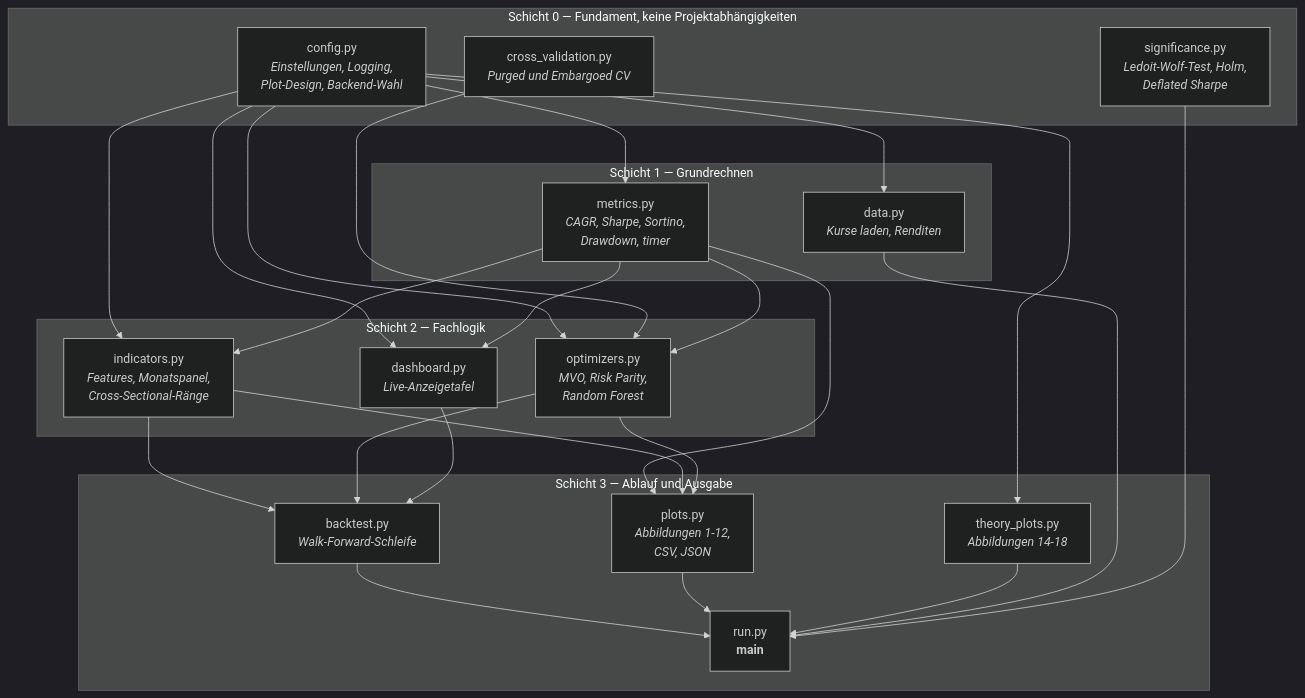
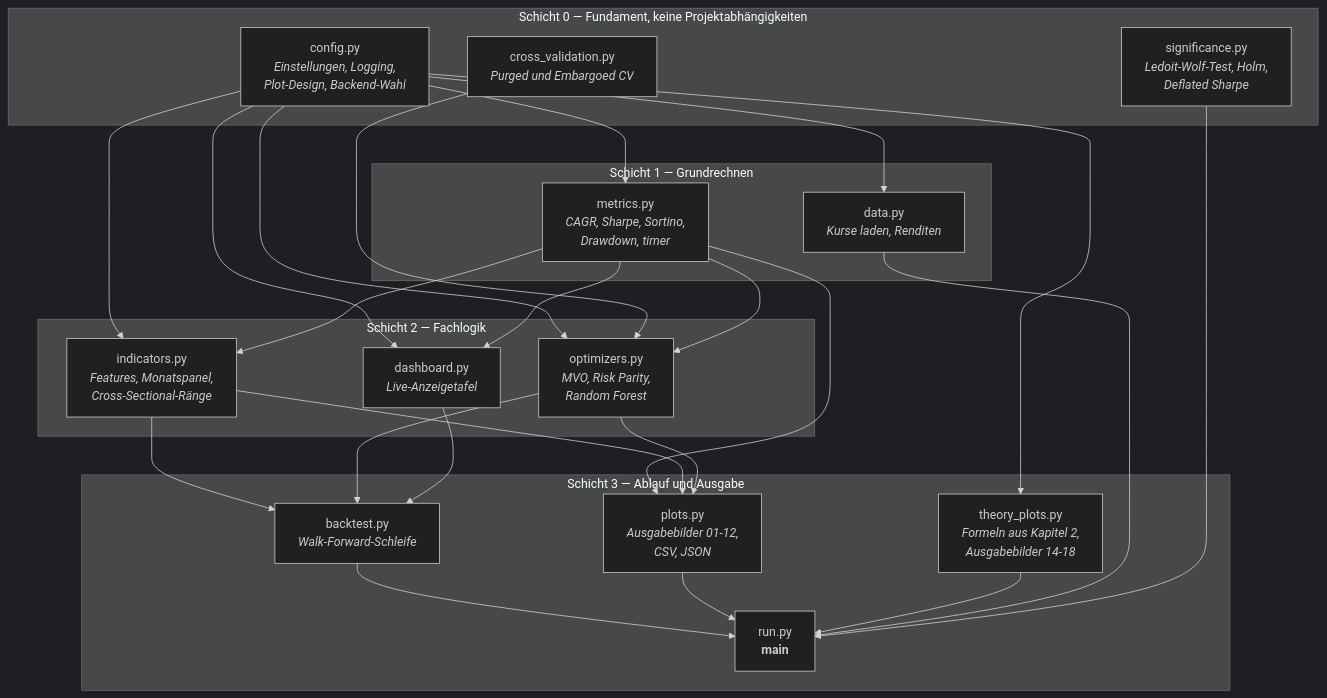
The first of 13 diagrams in Handbook.md (MaxZoelfl/wseminar-portfolio-optimierung), drawn with Mermaid (dark theme) before and after one commit. The commit also changed other lines of this file and 39 other files, not shown here.

````diff
--- a/Handbook.md
+++ b/Handbook.md
@@ -68,48 +68,48 @@
 ```mermaid
 flowchart TD
     subgraph S0["Schicht 0 — Fundament, keine Projektabhängigkeiten"]
         CFG["config.py<br/><i>Einstellungen, Logging,<br/>Plot-Design, Backend-Wahl</i>"]
         CV["cross_validation.py<br/><i>Purged und Embargoed CV</i>"]
         SIG["significance.py<br/><i>Ledoit-Wolf-Test, Holm,<br/>Deflated Sharpe</i>"]
     end
 
     subgraph S1["Schicht 1 — Grundrechnen"]
         MET["metrics.py<br/><i>CAGR, Sharpe, Sortino,<br/>Drawdown, timer</i>"]
         DAT["data.py<br/><i>Kurse laden, Renditen</i>"]
     end
 
     subgraph S2["Schicht 2 — Fachlogik"]
         IND["indicators.py<br/><i>Features, Monatspanel,<br/>Cross-Sectional-Ränge</i>"]
         OPT["optimizers.py<br/><i>MVO, Risk Parity,<br/>Random Forest</i>"]
         DSH["dashboard.py<br/><i>Live-Anzeigetafel</i>"]
     end
 
     subgraph S3["Schicht 3 — Ablauf und Ausgabe"]
         BT["backtest.py<br/><i>Walk-Forward-Schleife</i>"]
-        PLT["plots.py<br/><i>Abbildungen 1-12,<br/>CSV, JSON</i>"]
-        TPL["theory_plots.py<br/><i>Abbildungen 14-18</i>"]
+        PLT["plots.py<br/><i>Ausgabebilder 01-12,<br/>CSV, JSON</i>"]
+        TPL["theory_plots.py<br/><i>Formeln aus Kapitel 2,<br/>Ausgabebilder 14-18</i>"]
         RUN["run.py<br/><b>main</b>"]
     end
 
     CFG --> MET
     CFG --> DAT
     CFG --> IND
     CFG --> OPT
     CFG --> DSH
     CFG --> TPL
     CV --> OPT
     MET --> IND
     MET --> OPT
     MET --> DSH
     MET --> PLT
     IND --> BT
     OPT --> BT
     DSH --> BT
     IND --> PLT
     OPT --> PLT
     BT --> RUN
     PLT --> RUN
     TPL --> RUN
     DAT --> RUN
     SIG --> RUN
 ```
````
